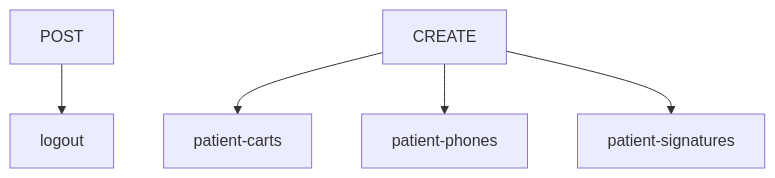
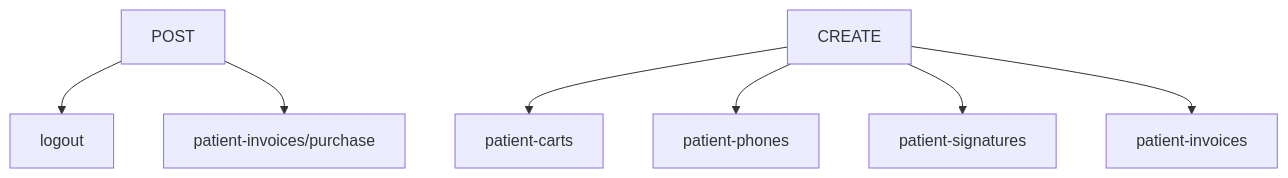
The first of 4 diagrams in backend/docs/patient.api.md (TheWitcher1991/hospital-next-js-django), drawn with Mermaid before and after one commit. The commit also changed other lines of this file and 33 other files, not shown here.

````diff
--- a/backend/docs/patient.api.md
+++ b/backend/docs/patient.api.md
@@ -3,7 +3,9 @@
 ```mermaid
 flowchart TD
 POST   --> logout
 CREATE --> patient-carts
 CREATE --> patient-phones
 CREATE --> patient-signatures
+CREATE --> patient-invoices
+POST   --> patient-invoices/purchase
 ```
````
